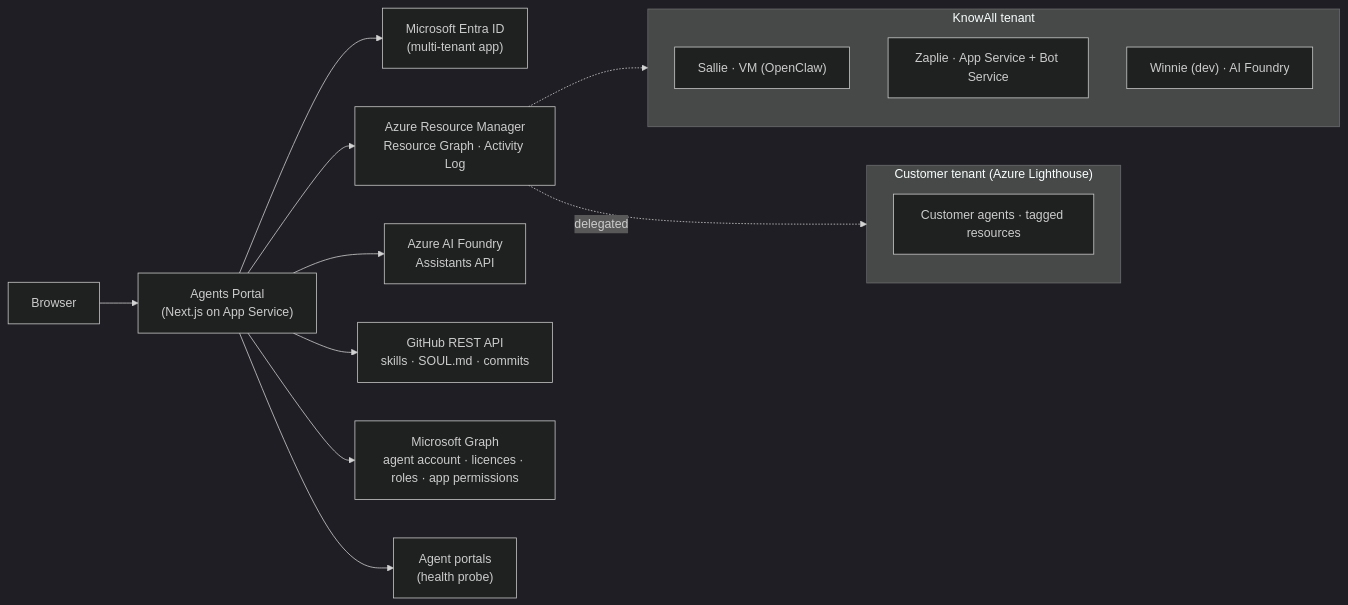
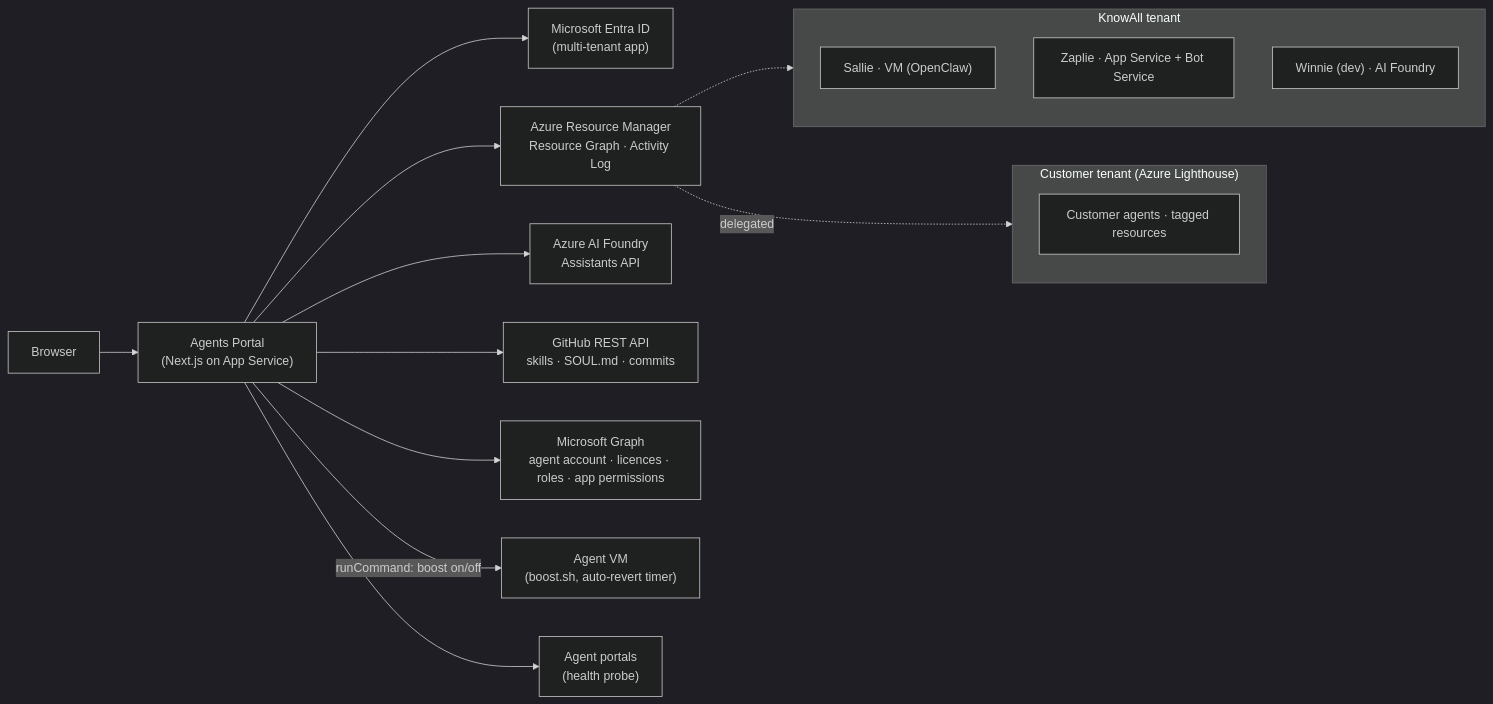
Before and after one commit to knowall-ai/agents-portal: the diagram in docs/SOLUTION_DESIGN.adoc, drawn with Mermaid (dark theme). The commit also changed 15 other files, not shown here.

First line of the commit message:
feat: BOOST mode toggle on the agent page

```diff
--- a/docs/SOLUTION_DESIGN.adoc
+++ b/docs/SOLUTION_DESIGN.adoc
@@ -14,22 +14,23 @@
 [mermaid]
 ....
 flowchart LR
     Browser["Browser"] --> App["Agents Portal<br/>(Next.js on App Service)"]
     App --> Entra["Microsoft Entra ID<br/>(multi-tenant app)"]
     App --> ARM["Azure Resource Manager<br/>Resource Graph · Activity Log"]
     App --> Foundry["Azure AI Foundry<br/>Assistants API"]
     App --> GitHub["GitHub REST API<br/>skills · SOUL.md · commits"]
     App --> Graph["Microsoft Graph<br/>agent account · licences · roles · app permissions"]
+    App -->|runCommand: boost on/off| VM["Agent VM<br/>(boost.sh, auto-revert timer)"]
     App --> Portal["Agent portals<br/>(health probe)"]
 
     subgraph KnowAll["KnowAll tenant"]
         Sallie["Sallie · VM (OpenClaw)"]
         Zaplie["Zaplie · App Service + Bot Service"]
         Winnie["Winnie (dev) · AI Foundry"]
     end
     subgraph Customer["Customer tenant (Azure Lighthouse)"]
         CustomerAgents["Customer agents · tagged resources"]
     end
     ARM -.-> KnowAll
     ARM -.->|delegated| Customer
 ....
```
